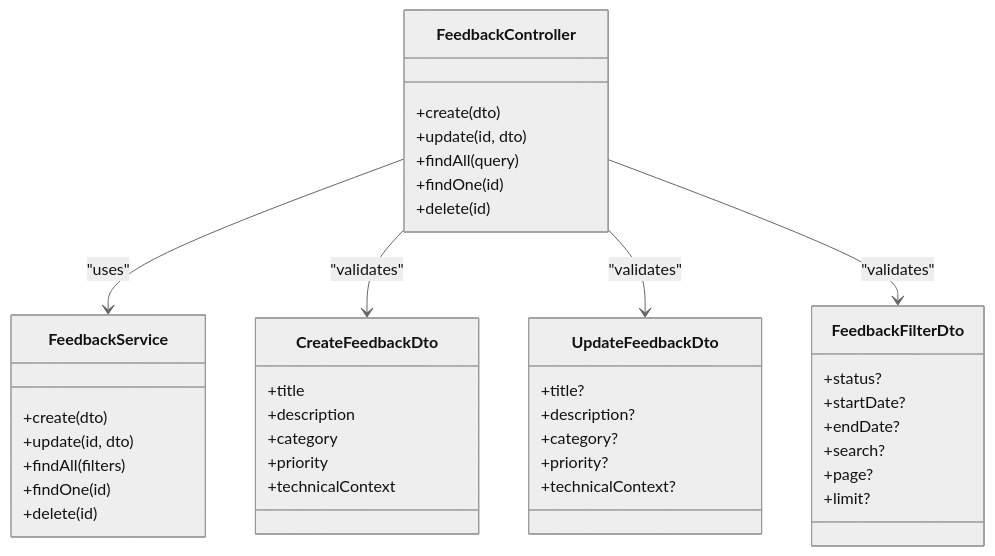
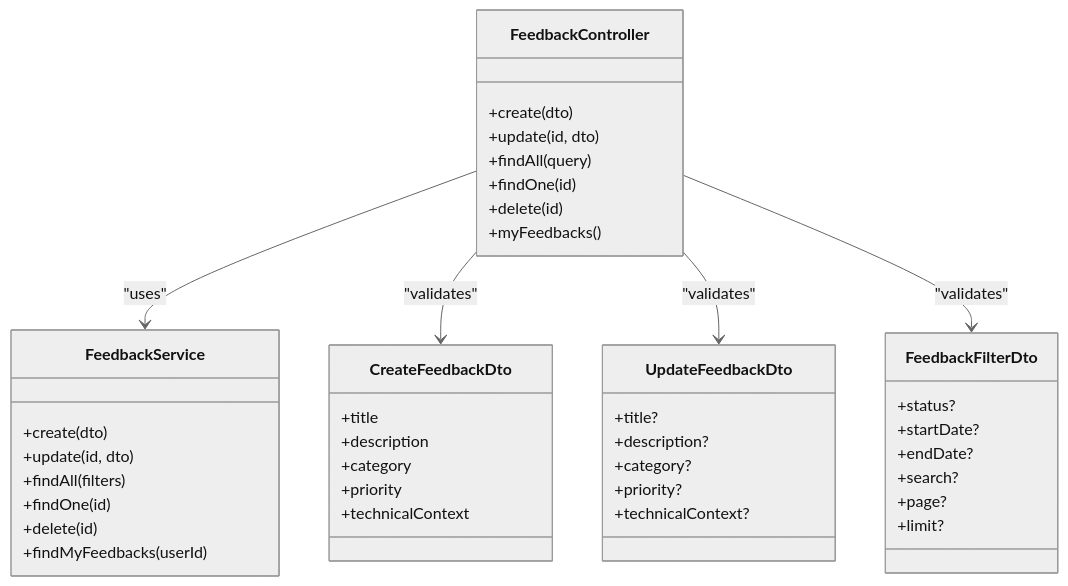
One commit to RobertRuas/windlog changed the third of 7 diagrams in .qoder/repowiki/en/content/Arquitetura Backend/Módulos do Sistema/Módulo de Feedback - Backend.md. Above: the diagram before and after it, drawn with Mermaid (neutral theme). The commit also changed other lines of this file and 89 other files, not shown here.

````diff
--- a/.qoder/repowiki/en/content/Arquitetura Backend/Módulos do Sistema/Módulo de Feedback - Backend.md
+++ b/.qoder/repowiki/en/content/Arquitetura Backend/Módulos do Sistema/Módulo de Feedback - Backend.md
@@ -220,43 +231,45 @@
 ```mermaid
 classDiagram
 class FeedbackController {
 +create(dto)
 +update(id, dto)
 +findAll(query)
 +findOne(id)
 +delete(id)
++myFeedbacks()
 }
 class FeedbackService {
 +create(dto)
 +update(id, dto)
 +findAll(filters)
 +findOne(id)
 +delete(id)
++findMyFeedbacks(userId)
 }
 class CreateFeedbackDto {
 +title
 +description
 +category
 +priority
 +technicalContext
 }
 class UpdateFeedbackDto {
 +title?
 +description?
 +category?
 +priority?
 +technicalContext?
 }
 class FeedbackFilterDto {
 +status?
 +startDate?
 +endDate?
 +search?
 +page?
 +limit?
 }
 FeedbackController --> FeedbackService : "uses"
 FeedbackController --> CreateFeedbackDto : "validates"
 FeedbackController --> UpdateFeedbackDto : "validates"
 FeedbackController --> FeedbackFilterDto : "validates"
 ```
````
